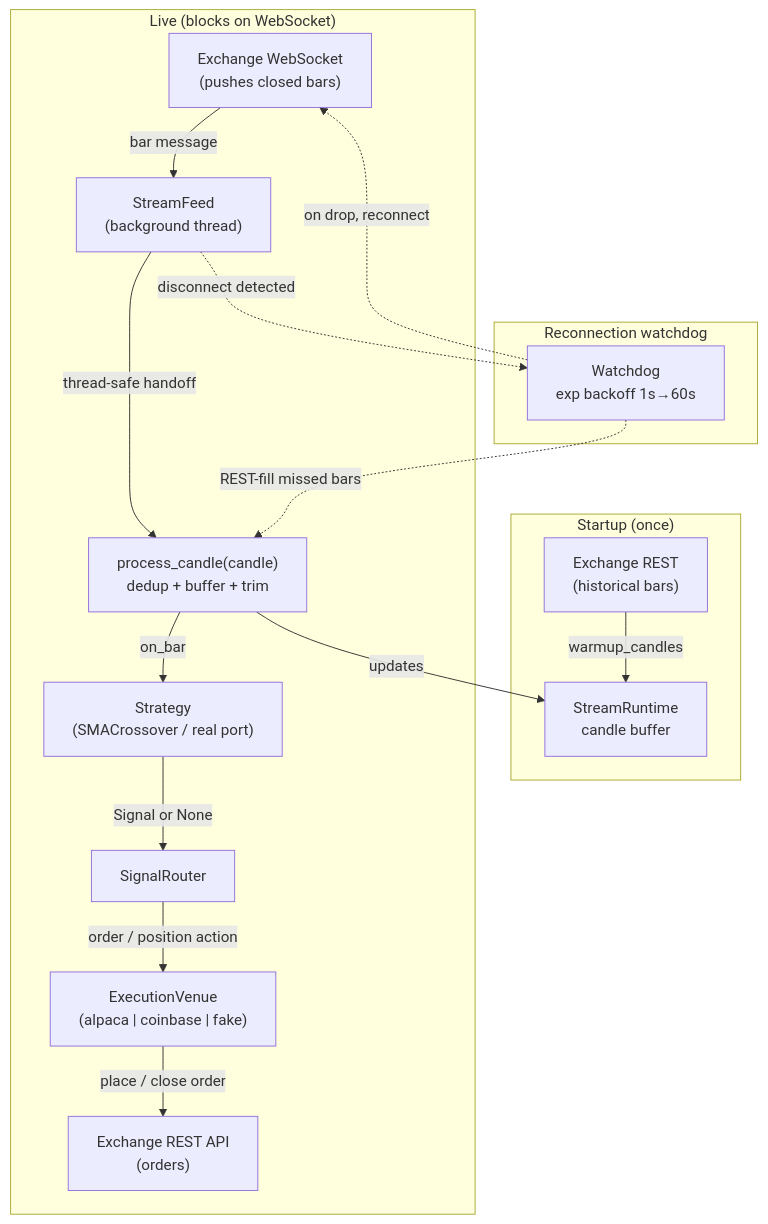
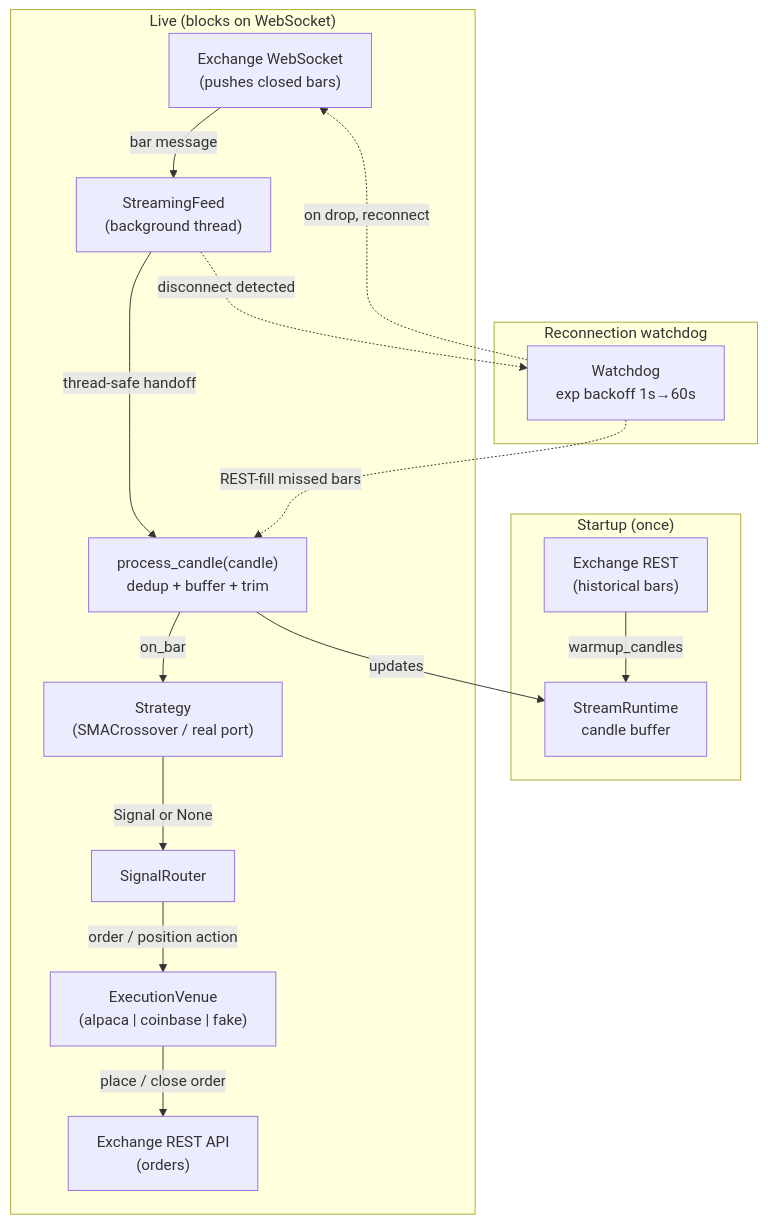
One commit to raviosovrann/trading-bot changed the diagram in TradingBot-Design-V3.md. Above: the diagram before and after it, drawn with Mermaid.

Commit message:
docs: align streaming diagram node label with StreamingFeed protocol
The Mermaid system-flow node was labeled StreamFeed while the surrounding
text and implementation plan refer to the StreamingFeed protocol. Rename
the node to StreamingFeed for consistency.

Closes #39

````diff
--- a/TradingBot-Design-V3.md
+++ b/TradingBot-Design-V3.md
@@ -109,23 +109,23 @@
 ```mermaid
 flowchart TD
     subgraph Startup["Startup (once)"]
         REST_HIST["Exchange REST<br/>(historical bars)"] -->|warmup_candles| BUF["StreamRuntime<br/>candle buffer"]
     end
 
     subgraph Live["Live (blocks on WebSocket)"]
-        WS["Exchange WebSocket<br/>(pushes closed bars)"] -->|bar message| SF["StreamFeed<br/>(background thread)"]
+        WS["Exchange WebSocket<br/>(pushes closed bars)"] -->|bar message| SF["StreamingFeed<br/>(background thread)"]
         SF -->|thread-safe handoff| PC["process_candle(candle)<br/>dedup + buffer + trim"]
         PC -->|updates| BUF
         PC -->|on_bar| STRAT["Strategy<br/>(SMACrossover / real port)"]
         STRAT -->|Signal or None| ROUTER["SignalRouter"]
         ROUTER -->|order / position action| VENUE["ExecutionVenue<br/>(alpaca | coinbase | fake)"]
         VENUE -->|place / close order| REST_ORD["Exchange REST API<br/>(orders)"]
     end
 
     subgraph Resilience["Reconnection watchdog"]
         WD["Watchdog<br/>exp backoff 1s→60s"] -.->|on drop, reconnect| WS
         WD -.->|REST-fill missed bars| PC
     end
 
     SF -.->|disconnect detected| WD
 ```
````
